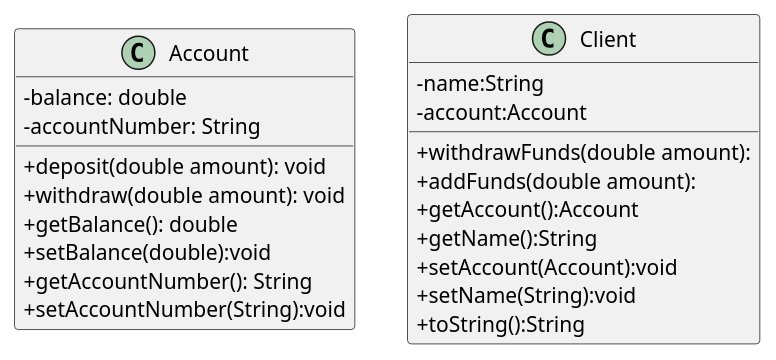
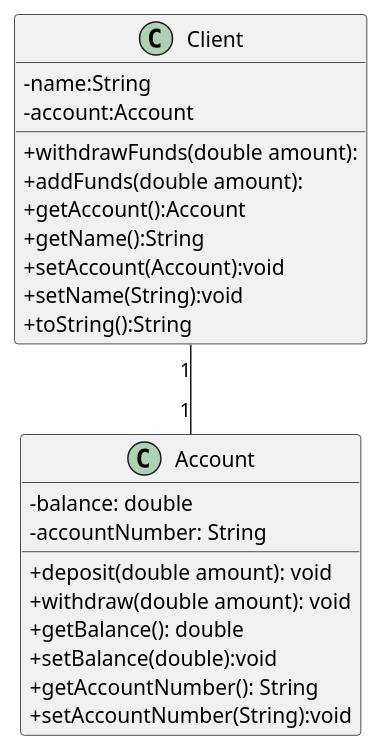
Before and after one commit to vietforest/M226A: the diagram in Compiti Class/16 Account Bancario/src/Account_Bancario.puml, drawn with PlantUML.

```diff
--- a/Compiti Class/16 Account Bancario/src/Account_Bancario.puml
+++ b/Compiti Class/16 Account Bancario/src/Account_Bancario.puml
@@ -1,30 +1,31 @@
 @startuml
 'https://plantuml.com/class-diagram
 
 skinparam classAttributeIconSize 0
 
 class Account{
    -balance: double
    -accountNumber: String
    +deposit(double amount): void
    +withdraw(double amount): void
    +getBalance(): double
    +setBalance(double):void
    +getAccountNumber(): String
    +setAccountNumber(String):void
 }
 
 class Client{
     -name:String
     -account:Account
     +withdrawFunds(double amount):
     +addFunds(double amount):
     +getAccount():Account
     +getName():String
     +setAccount(Account):void
     +setName(String):void
     +toString():String
 
 }
+Client"1" -- "1"Account
 
 @enduml
```
